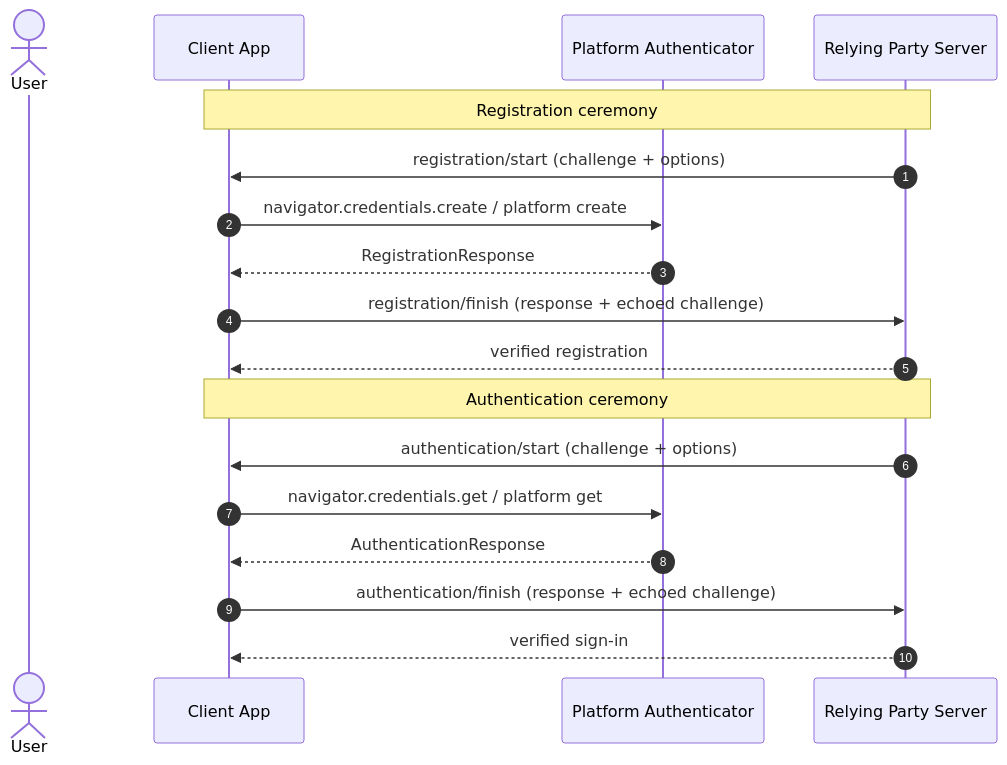
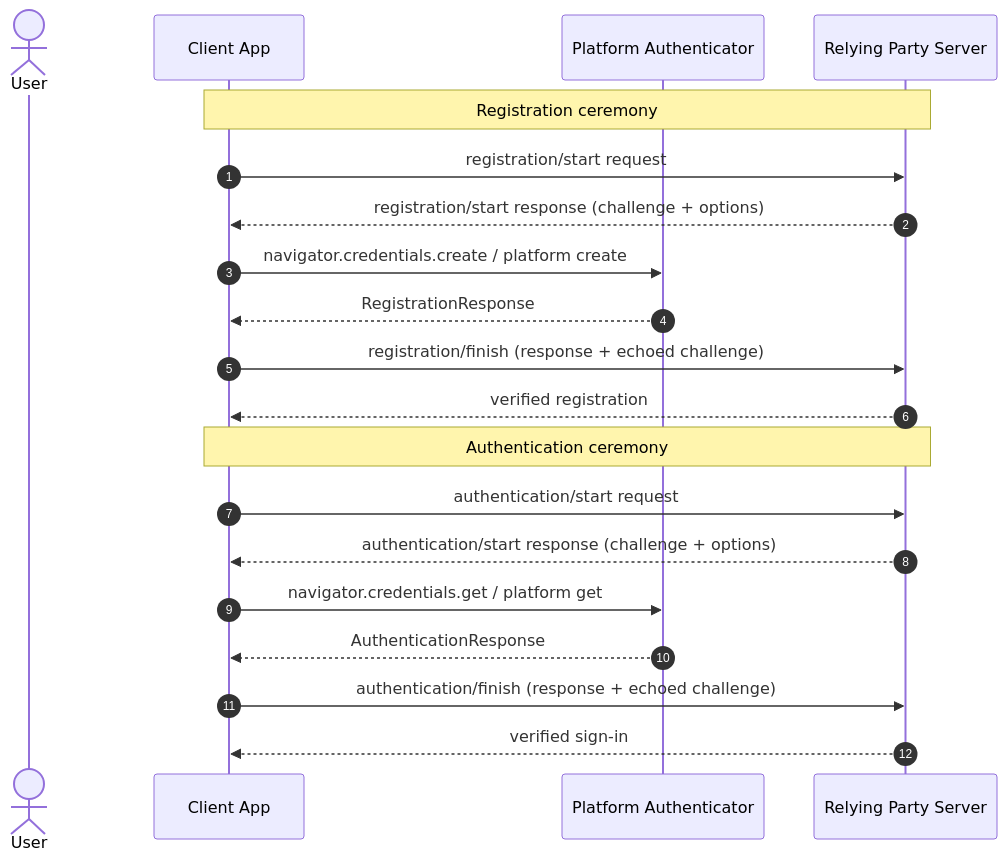
Before and after one commit to szijpeter/webauthn-kotlin-multiplatform: the first of 2 diagrams in README.md, drawn with Mermaid. The commit also changed 1 other file, not shown here.

Commit message:
docs: align client-initiated ceremony flow and mermaid strict fallback

````diff
--- a/README.md
+++ b/README.md
@@ -43,22 +43,24 @@
 ```mermaid
 sequenceDiagram
     autonumber
     actor User
     participant App as Client App
     participant Auth as Platform Authenticator
     participant RP as Relying Party Server
 
     note over RP,App: Registration ceremony
-    RP->>App: registration/start (challenge + options)
+    App->>RP: registration/start request
+    RP-->>App: registration/start response (challenge + options)
     App->>Auth: navigator.credentials.create / platform create
     Auth-->>App: RegistrationResponse
     App->>RP: registration/finish (response + echoed challenge)
     RP-->>App: verified registration
 
     note over RP,App: Authentication ceremony
-    RP->>App: authentication/start (challenge + options)
+    App->>RP: authentication/start request
+    RP-->>App: authentication/start response (challenge + options)
     App->>Auth: navigator.credentials.get / platform get
     Auth-->>App: AuthenticationResponse
     App->>RP: authentication/finish (response + echoed challenge)
     RP-->>App: verified sign-in
 ```
````
